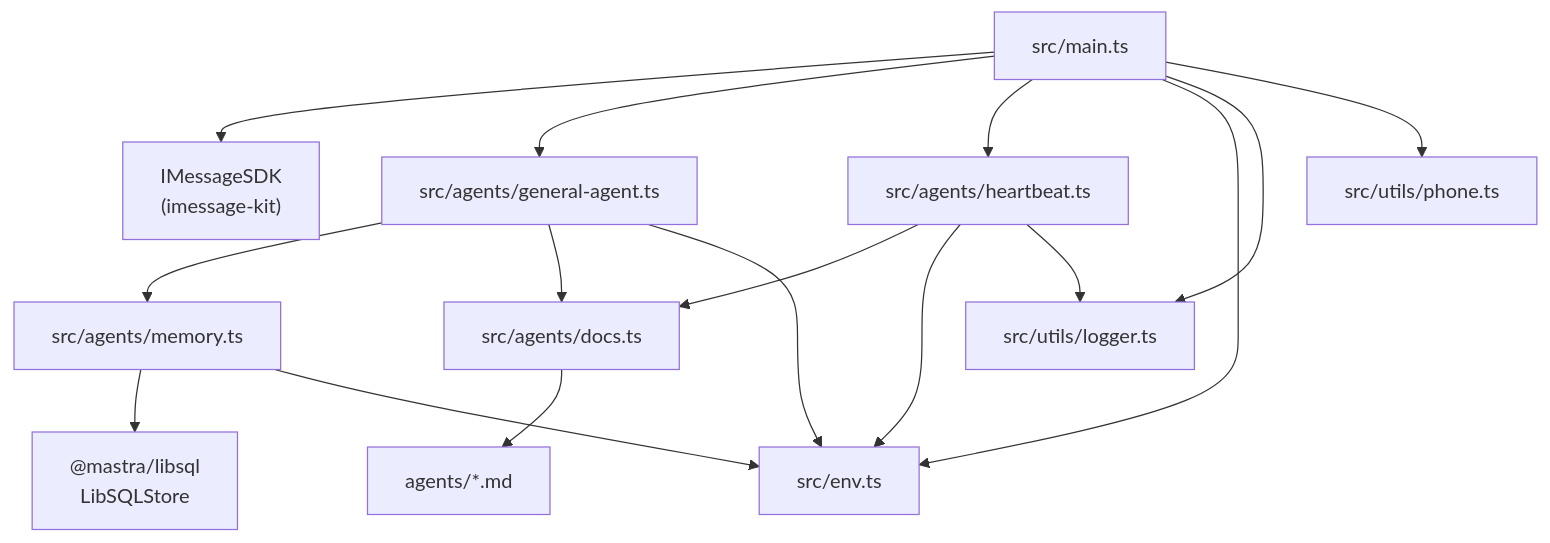
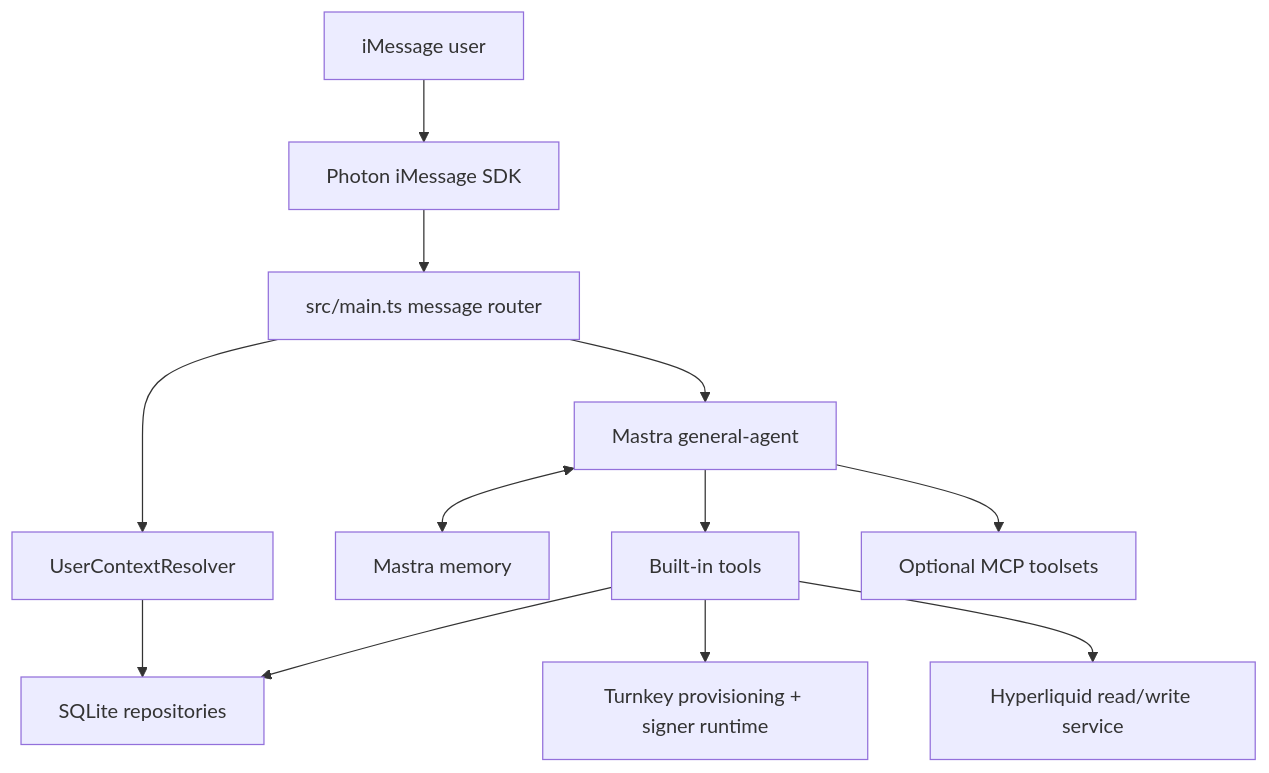
One commit to posaune0423/imessage-financial-assistant changed the diagram in docs/DESIGN.md. Above: the diagram before and after it, drawn with Mermaid. The commit also changed other lines of this file and 43 other files, not shown here.

````diff
--- a/docs/DESIGN.md
+++ b/docs/DESIGN.md
@@ -197,23 +16,26 @@
 ```mermaid
-graph TD
-    MAIN["src/main.ts"]
+graph TB
+    User["iMessage user"]
+    Photon["Photon iMessage SDK"]
+    Router["src/main.ts message router"]
+    Resolver["UserContextResolver"]
+    Agent["Mastra general-agent"]
+    Memory["Mastra memory"]
+    Tools["Built-in tools"]
+    DB["SQLite repositories"]
+    Turnkey["Turnkey provisioning + signer runtime"]
+    Hyperliquid["Hyperliquid read/write service"]
+    MCP["Optional MCP toolsets"]
 
-    MAIN --> SDK_WRAP["IMessageSDK\n(imessage-kit)"]
-    MAIN --> AGENT["src/agents/general-agent.ts"]
-    MAIN --> HB_ENGINE["src/agents/heartbeat.ts"]
-    MAIN --> ENV["src/env.ts"]
-    MAIN --> LOGGER["src/utils/logger.ts"]
-    MAIN --> PHONE["src/utils/phone.ts"]
-
-    AGENT --> MEMORY["src/agents/memory.ts"]
-    AGENT --> DOCS["src/agents/docs.ts"]
-    AGENT --> ENV
-    MEMORY --> DB["@mastra/libsql\nLibSQLStore"]
-    MEMORY --> ENV
-
-    HB_ENGINE --> DOCS
-    HB_ENGINE --> ENV
-    HB_ENGINE --> LOGGER
-
-    DOCS --> FS["agents/*.md"]
+    User --> Photon
+    Photon --> Router
+    Router --> Resolver
+    Resolver --> DB
+    Router --> Agent
+    Agent <--> Memory
+    Agent --> Tools
+    Tools --> DB
+    Tools --> Turnkey
+    Tools --> Hyperliquid
+    Agent --> MCP
 ```
````
